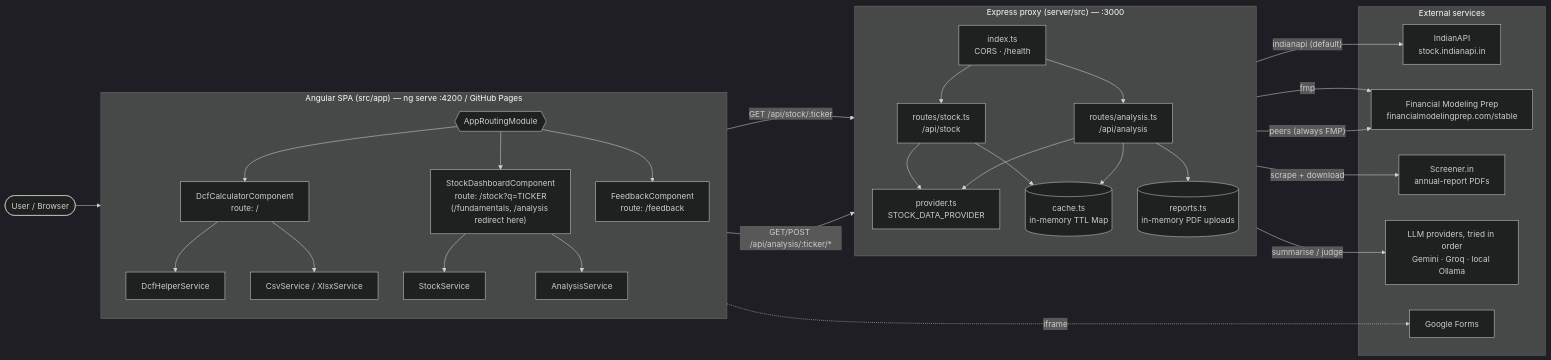
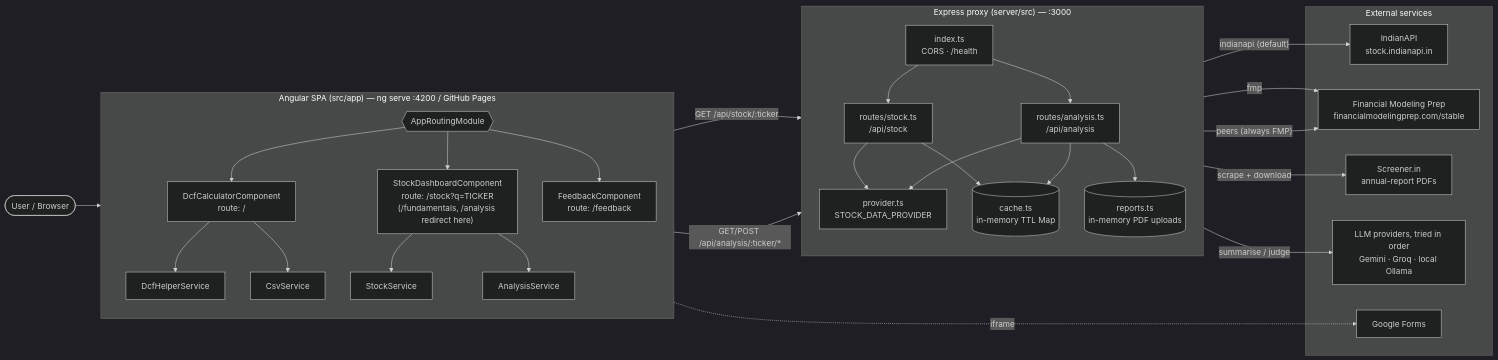
One commit to vigneshsn/dcf-stock-valuation changed the first of 5 diagrams in docs/architecture.md. Above: the diagram before and after it, drawn with Mermaid (dark theme). The commit also changed other lines of this file and 9 other files, not shown here.

Commit message:
refactor: remove XlsxService and related references; update CI audit command

````diff
--- a/docs/architecture.md
+++ b/docs/architecture.md
@@ -7,58 +7,58 @@
 ```mermaid
 flowchart LR
     user([User / Browser])
 
     subgraph spa["Angular SPA (src/app) — ng serve :4200 / GitHub Pages"]
         direction TB
         router{{AppRoutingModule}}
         dcfc["DcfCalculatorComponent<br/>route: /"]
         dash["StockDashboardComponent<br/>route: /stock?q=TICKER<br/>(/fundamentals, /analysis redirect here)"]
         fb["FeedbackComponent<br/>route: /feedback"]
         helper["DcfHelperService"]
-        export["CsvService / XlsxService"]
+        export["CsvService"]
         stockSvc["StockService"]
         analysisSvc["AnalysisService"]
 
         router --> dcfc & dash & fb
         dcfc --> helper
         dcfc --> export
         dash --> stockSvc
         dash --> analysisSvc
     end
 
     subgraph server["Express proxy (server/src) — :3000"]
         direction TB
         idx["index.ts<br/>CORS · /health"]
         stockRoute["routes/stock.ts<br/>/api/stock"]
         analysisRoute["routes/analysis.ts<br/>/api/analysis"]
         provider["provider.ts<br/>STOCK_DATA_PROVIDER"]
         cache[("cache.ts<br/>in-memory TTL Map")]
         uploads[("reports.ts<br/>in-memory PDF uploads")]
 
         idx --> stockRoute & analysisRoute
         stockRoute --> provider
         analysisRoute --> provider
         stockRoute --> cache
         analysisRoute --> cache
         analysisRoute --> uploads
     end
 
     subgraph ext["External services"]
         indian["IndianAPI<br/>stock.indianapi.in"]
         fmp["Financial Modeling Prep<br/>financialmodelingprep.com/stable"]
         screener["Screener.in<br/>annual-report PDFs"]
         llmP["LLM providers, tried in order<br/>Gemini · Groq · local Ollama"]
         gforms["Google Forms"]
     end
 
     user --> router
     stockSvc -- "GET /api/stock/:ticker" --> stockRoute
     analysisSvc -- "GET/POST /api/analysis/:ticker/*" --> analysisRoute
     fb -. iframe .-> gforms
 
     provider -- "indianapi (default)" --> indian
     provider -- fmp --> fmp
     analysisRoute -- "peers (always FMP)" --> fmp
     analysisRoute -- "scrape + download" --> screener
     analysisRoute -- "summarise / judge" --> llmP
 ```
````
